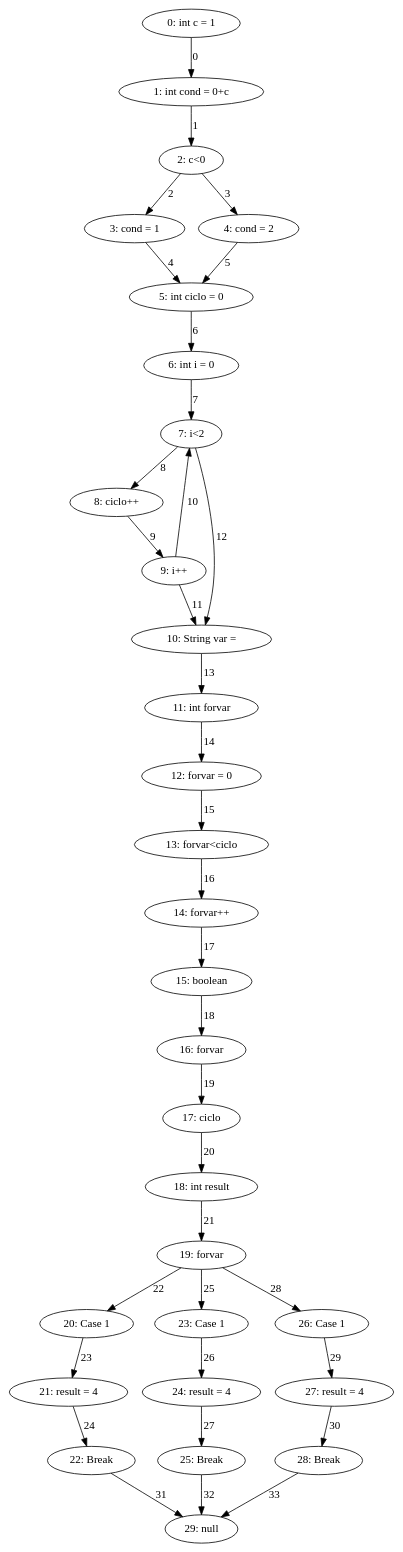
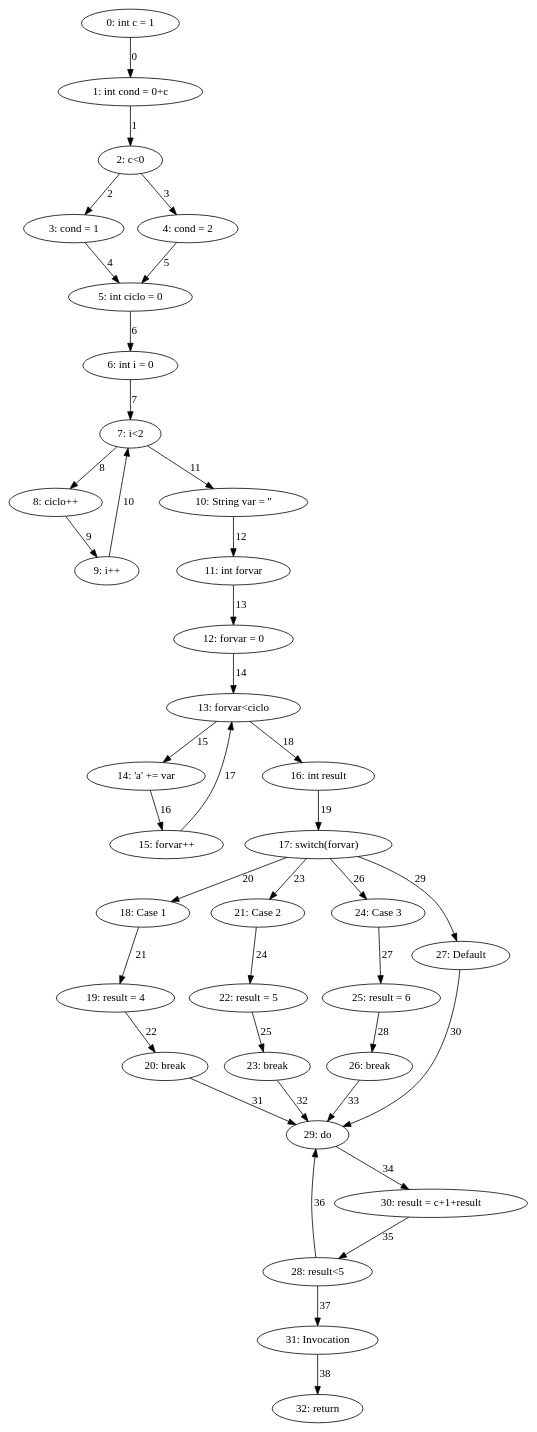
The diagram in export/graph.dot (DominguesGM/comp_astanalyze), drawn with Graphviz before and after one commit. The commit also changed 3 other files, not shown here.

Commit message:
dowhile and switch case default

```diff
--- a/export/graph.dot
+++ b/export/graph.dot
@@ -1,66 +1,74 @@
 digraph G {
   1 [ label="0: int c = 1" ];
   2 [ label="1: int cond = 0+c" ];
   3 [ label="2: c<0" ];
   4 [ label="3: cond = 1" ];
   5 [ label="4: cond = 2" ];
   6 [ label="5: int ciclo = 0" ];
   7 [ label="6: int i = 0" ];
   8 [ label="7: i<2" ];
   9 [ label="8: ciclo++" ];
   10 [ label="9: i++" ];
-  11 [ label="10: String var = " ];
+  11 [ label="10: String var = ''" ];
   12 [ label="11: int forvar" ];
   13 [ label="12: forvar = 0" ];
   14 [ label="13: forvar<ciclo" ];
-  15 [ label="14: forvar++" ];
-  16 [ label="15: boolean" ];
-  17 [ label="16: forvar" ];
-  18 [ label="17: ciclo" ];
-  19 [ label="18: int result" ];
-  20 [ label="19: forvar" ];
-  21 [ label="20: Case 1" ];
-  22 [ label="21: result = 4" ];
-  23 [ label="22: Break" ];
-  24 [ label="23: Case 1" ];
-  25 [ label="24: result = 4" ];
-  26 [ label="25: Break" ];
-  27 [ label="26: Case 1" ];
-  28 [ label="27: result = 4" ];
-  29 [ label="28: Break" ];
-  30 [ label="29: null" ];
+  15 [ label="14: 'a' += var" ];
+  16 [ label="15: forvar++" ];
+  17 [ label="16: int result" ];
+  18 [ label="17: switch(forvar)" ];
+  19 [ label="18: Case 1" ];
+  20 [ label="19: result = 4" ];
+  21 [ label="20: break" ];
+  22 [ label="21: Case 2" ];
+  23 [ label="22: result = 5" ];
+  24 [ label="23: break" ];
+  25 [ label="24: Case 3" ];
+  26 [ label="25: result = 6" ];
+  27 [ label="26: break" ];
+  28 [ label="27: Default" ];
+  29 [ label="28: result<5" ];
+  30 [ label="29: do" ];
+  31 [ label="30: result = c+1+result" ];
+  32 [ label="31: Invocation" ];
+  33 [ label="32: return" ];
   1 -> 2 [ label="0" ];
   2 -> 3 [ label="1" ];
   3 -> 4 [ label="2" ];
   3 -> 5 [ label="3" ];
   4 -> 6 [ label="4" ];
   5 -> 6 [ label="5" ];
   6 -> 7 [ label="6" ];
   7 -> 8 [ label="7" ];
   8 -> 9 [ label="8" ];
   9 -> 10 [ label="9" ];
   10 -> 8 [ label="10" ];
-  10 -> 11 [ label="11" ];
-  8 -> 11 [ label="12" ];
-  11 -> 12 [ label="13" ];
-  12 -> 13 [ label="14" ];
-  13 -> 14 [ label="15" ];
-  14 -> 15 [ label="16" ];
-  15 -> 16 [ label="17" ];
-  16 -> 17 [ label="18" ];
+  8 -> 11 [ label="11" ];
+  11 -> 12 [ label="12" ];
+  12 -> 13 [ label="13" ];
+  13 -> 14 [ label="14" ];
+  14 -> 15 [ label="15" ];
+  15 -> 16 [ label="16" ];
+  16 -> 14 [ label="17" ];
+  14 -> 17 [ label="18" ];
   17 -> 18 [ label="19" ];
   18 -> 19 [ label="20" ];
   19 -> 20 [ label="21" ];
   20 -> 21 [ label="22" ];
-  21 -> 22 [ label="23" ];
+  18 -> 22 [ label="23" ];
   22 -> 23 [ label="24" ];
-  20 -> 24 [ label="25" ];
-  24 -> 25 [ label="26" ];
+  23 -> 24 [ label="25" ];
+  18 -> 25 [ label="26" ];
   25 -> 26 [ label="27" ];
-  20 -> 27 [ label="28" ];
-  27 -> 28 [ label="29" ];
-  28 -> 29 [ label="30" ];
-  23 -> 30 [ label="31" ];
-  26 -> 30 [ label="32" ];
-  29 -> 30 [ label="33" ];
+  26 -> 27 [ label="28" ];
+  18 -> 28 [ label="29" ];
+  28 -> 30 [ label="30" ];
+  21 -> 30 [ label="31" ];
+  24 -> 30 [ label="32" ];
+  27 -> 30 [ label="33" ];
+  30 -> 31 [ label="34" ];
+  31 -> 29 [ label="35" ];
+  29 -> 30 [ label="36" ];
+  29 -> 32 [ label="37" ];
+  32 -> 33 [ label="38" ];
 }
```
